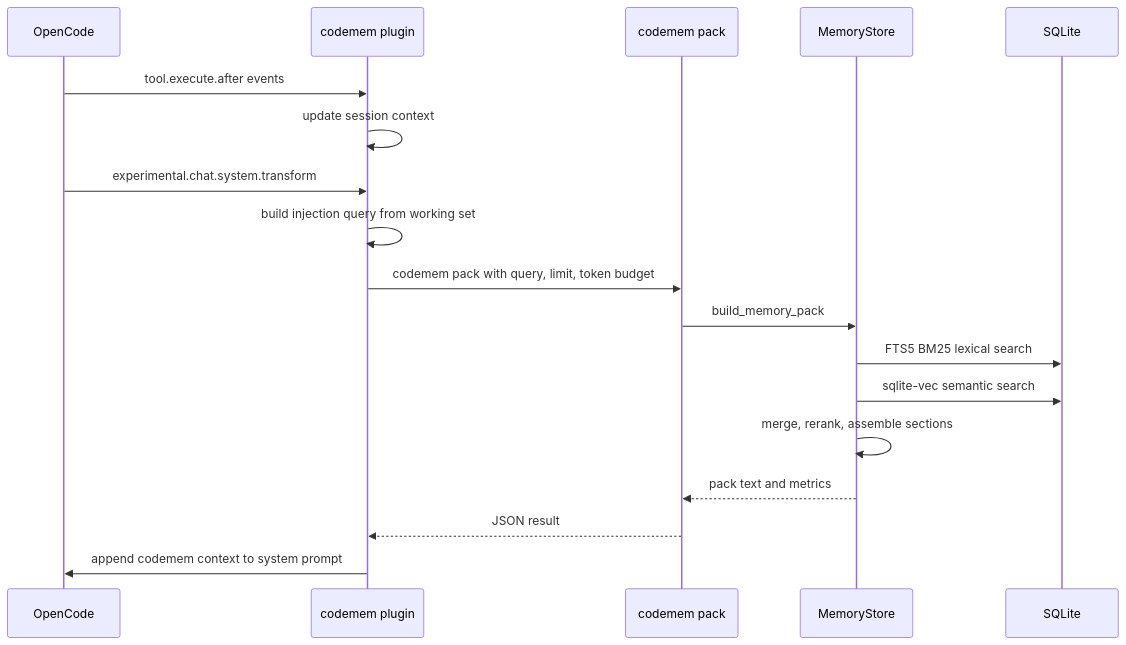
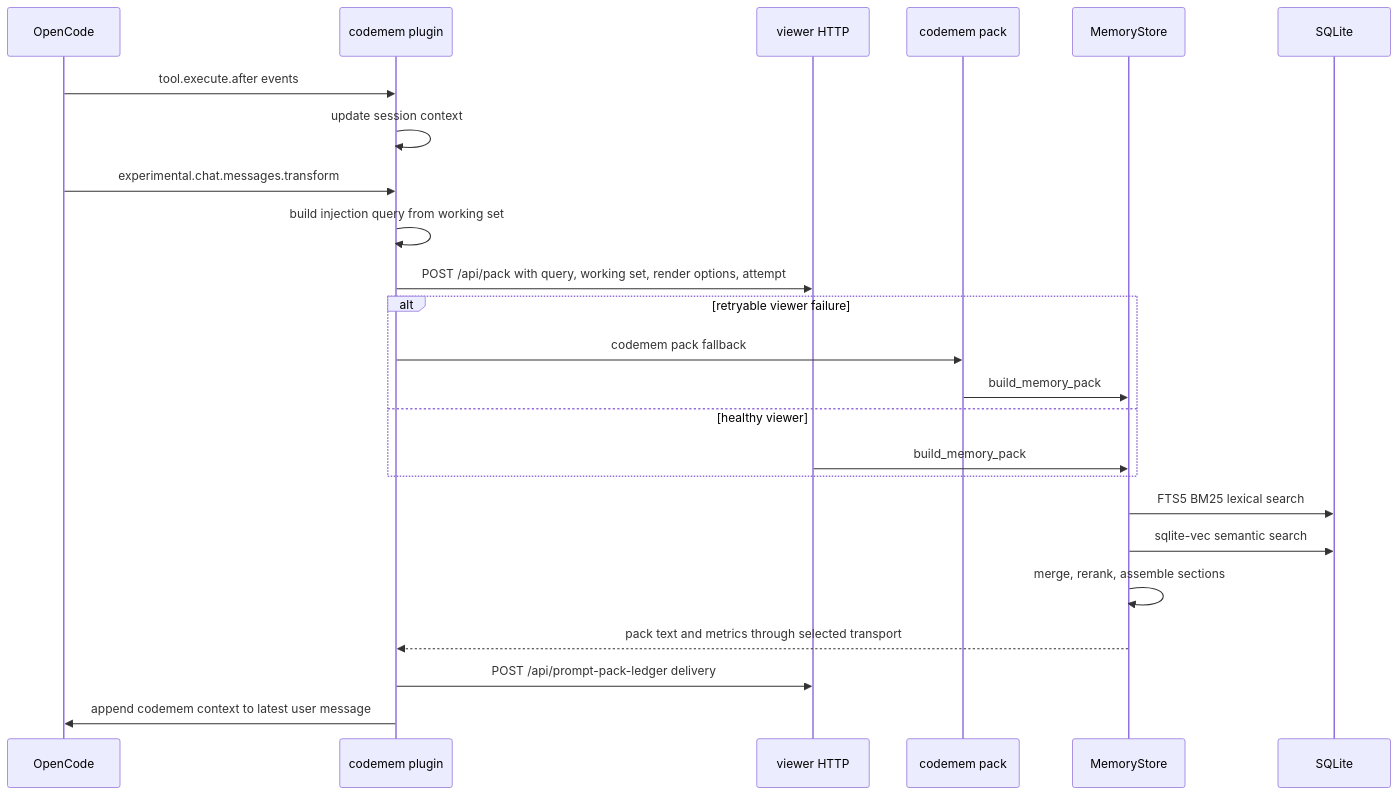
The third of 4 diagrams in integrations/codemem/docs/architecture.md (vakandi/EliaAgent), drawn with Mermaid before and after one commit. The commit also changed other lines of this file and 637 other files, not shown here.

````diff
--- a/integrations/codemem/docs/architecture.md
+++ b/integrations/codemem/docs/architecture.md
@@ -204,21 +228,27 @@
 ```mermaid
 sequenceDiagram
 participant OC as OpenCode
 participant PL as codemem plugin
+participant VW as viewer HTTP
 participant CLI as codemem pack
 participant ST as MemoryStore
 participant DB as SQLite
 
 OC->>PL: tool.execute.after events
 PL->>PL: update session context
-OC->>PL: experimental.chat.system.transform
+OC->>PL: experimental.chat.messages.transform
 PL->>PL: build injection query from working set
-PL->>CLI: codemem pack with query, limit, token budget
+PL->>VW: POST /api/pack with query, working set, render options, attempt
+alt retryable viewer failure
+PL->>CLI: codemem pack fallback
 CLI->>ST: build_memory_pack
+else healthy viewer
+VW->>ST: build_memory_pack
+end
 ST->>DB: FTS5 BM25 lexical search
 ST->>DB: sqlite-vec semantic search
 ST->>ST: merge, rerank, assemble sections
-ST-->>CLI: pack text and metrics
-CLI-->>PL: JSON result
-PL->>OC: append codemem context to system prompt
+ST-->>PL: pack text and metrics through selected transport
+PL->>VW: POST /api/prompt-pack-ledger delivery
+PL->>OC: append codemem context to latest user message
 ```
````
